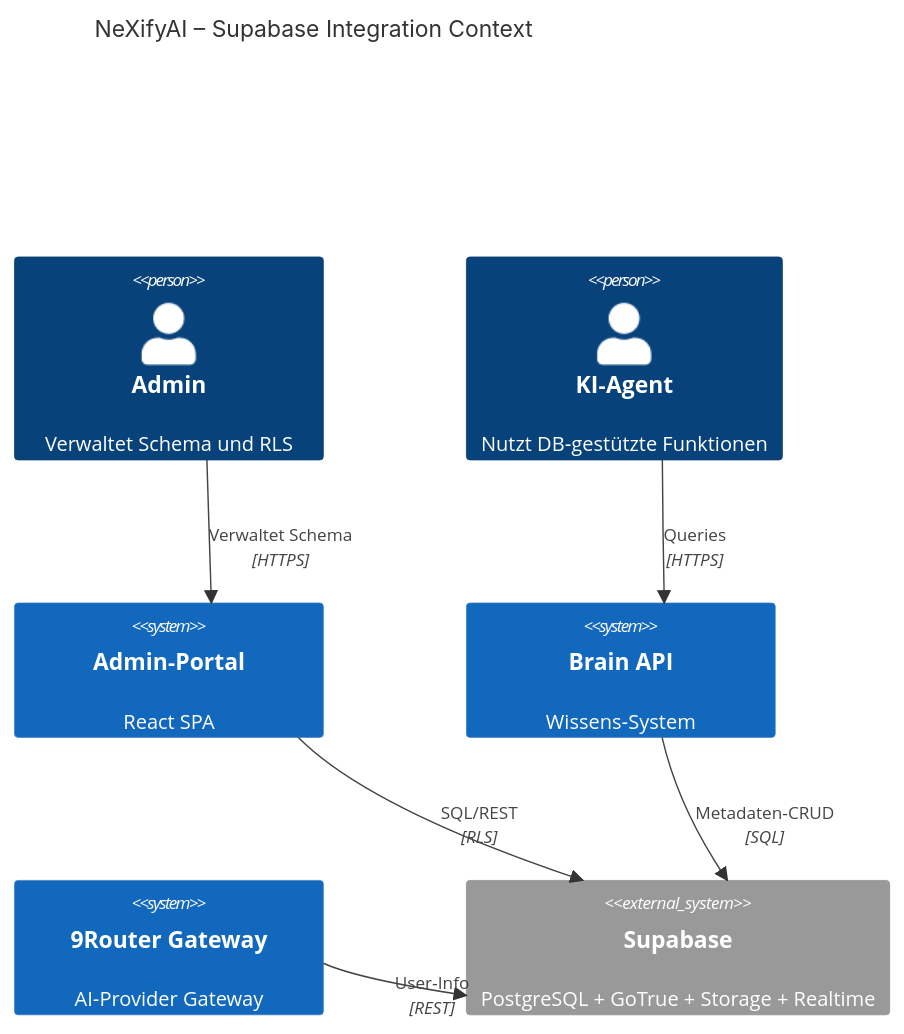
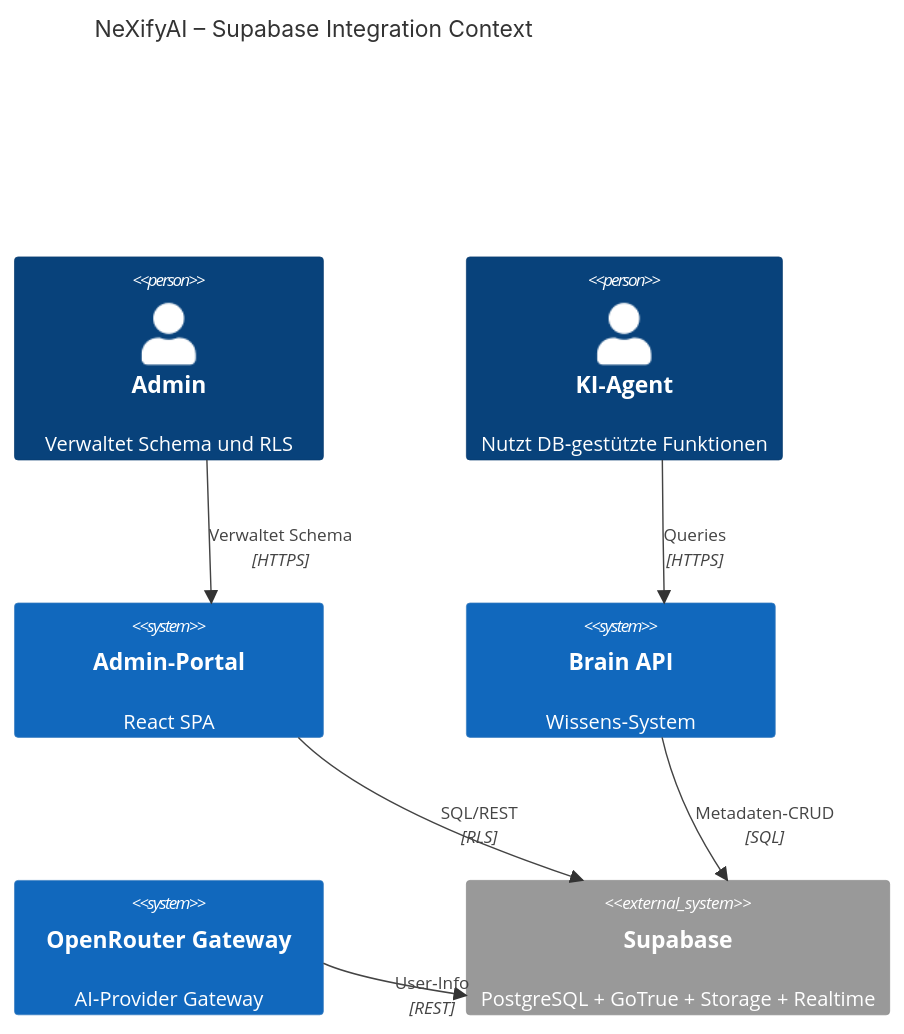
One commit to NeXify-AI-by-NeXify-Chat-it-Automat-it/nexifyai-platform changed the first of 4 diagrams in docs/architecture/ADR-103-supabase-integration.md. Above: the diagram before and after it, drawn with Mermaid. The commit also changed 55 other files, not shown here.

First line of the commit message:
feat(cleanup): 9Router removal + system-wide OpenRouter migration

````diff
--- a/docs/architecture/ADR-103-supabase-integration.md
+++ b/docs/architecture/ADR-103-supabase-integration.md
@@ -15,15 +15,15 @@
 ```mermaid
 C4Context
   title NeXifyAI – Supabase Integration Context
   Person(admin, "Admin", "Verwaltet Schema und RLS")
   Person(agent, "KI‑Agent", "Nutzt DB‑gestützte Funktionen")
   System(portal, "Admin‑Portal", "React SPA")
   System(brain, "Brain API", "Wissens‑System")
-  System(9router, "9Router Gateway", "AI‑Provider Gateway")
+  System(OpenRouter, "OpenRouter Gateway", "AI‑Provider Gateway")
   System_Ext(supabase, "Supabase", "PostgreSQL + GoTrue + Storage + Realtime")
   Rel(admin, portal, "Verwaltet Schema", "HTTPS")
   Rel(portal, supabase, "SQL/REST", "RLS")
   Rel(agent, brain, "Queries", "HTTPS")
   Rel(brain, supabase, "Metadaten‑CRUD", "SQL")
-  Rel(9router, supabase, "User‑Info", "REST")
+  Rel(OpenRouter, supabase, "User‑Info", "REST")
 ```
````
